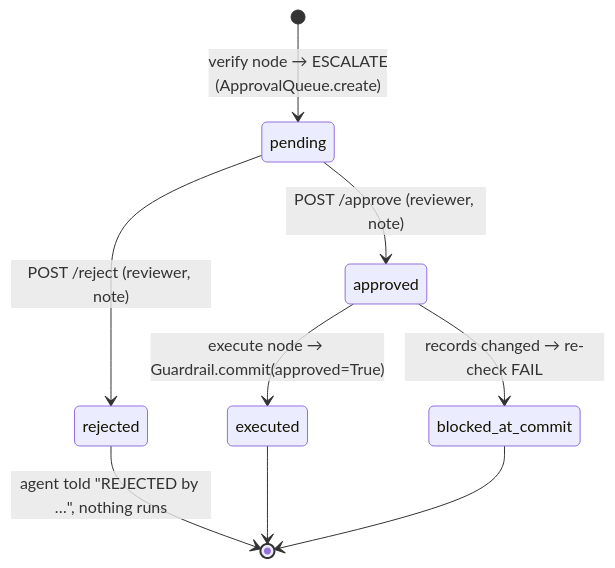
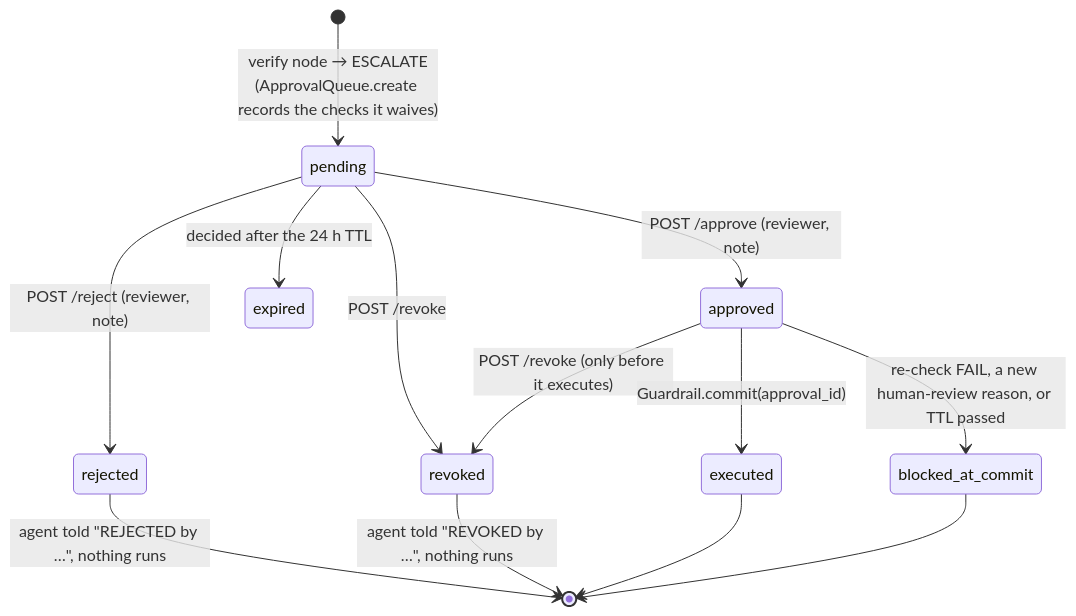
The fifth of 8 diagrams in docs/ARCHITECTURE.md (Prathu241/Guardrail), drawn with Mermaid before and after one commit. The commit also changed other lines of this file and 8 other files, not shown here.

First line of the commit message:
Three-act demo and updated architecture, hardening and README docs

````diff
--- a/docs/ARCHITECTURE.md
+++ b/docs/ARCHITECTURE.md
@@ -240,11 +266,15 @@
 ```mermaid
 stateDiagram-v2
-    [*] --> pending: verify node → ESCALATE<br/>(ApprovalQueue.create)
+    [*] --> pending: verify node → ESCALATE<br/>(ApprovalQueue.create records the checks it waives)
     pending --> approved: POST /approve (reviewer, note)
     pending --> rejected: POST /reject (reviewer, note)
-    approved --> executed: execute node → Guardrail.commit(approved=True)
-    approved --> blocked_at_commit: records changed → re-check FAIL
+    pending --> expired: decided after the 24 h TTL
+    pending --> revoked: POST /revoke
+    approved --> revoked: POST /revoke (only before it executes)
+    approved --> executed: Guardrail.commit(approval_id)
+    approved --> blocked_at_commit: re-check FAIL, a new human-review reason, or TTL passed
     rejected --> [*]: agent told "REJECTED by …", nothing runs
+    revoked --> [*]: agent told "REVOKED by …", nothing runs
     executed --> [*]
     blocked_at_commit --> [*]
 ```
````
